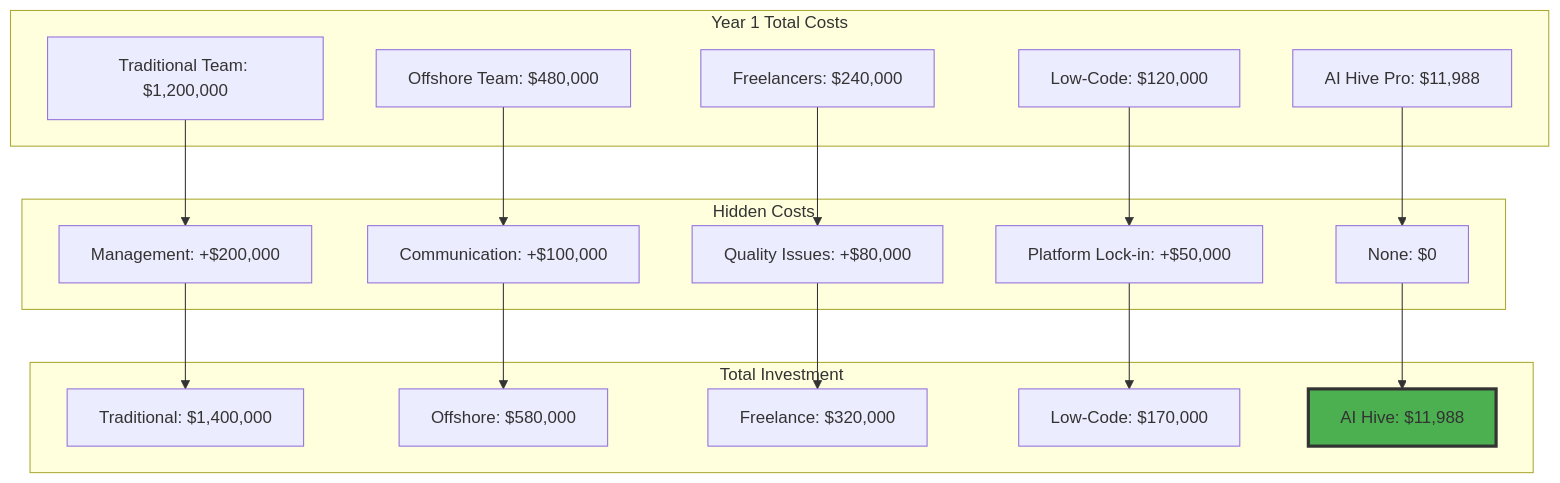
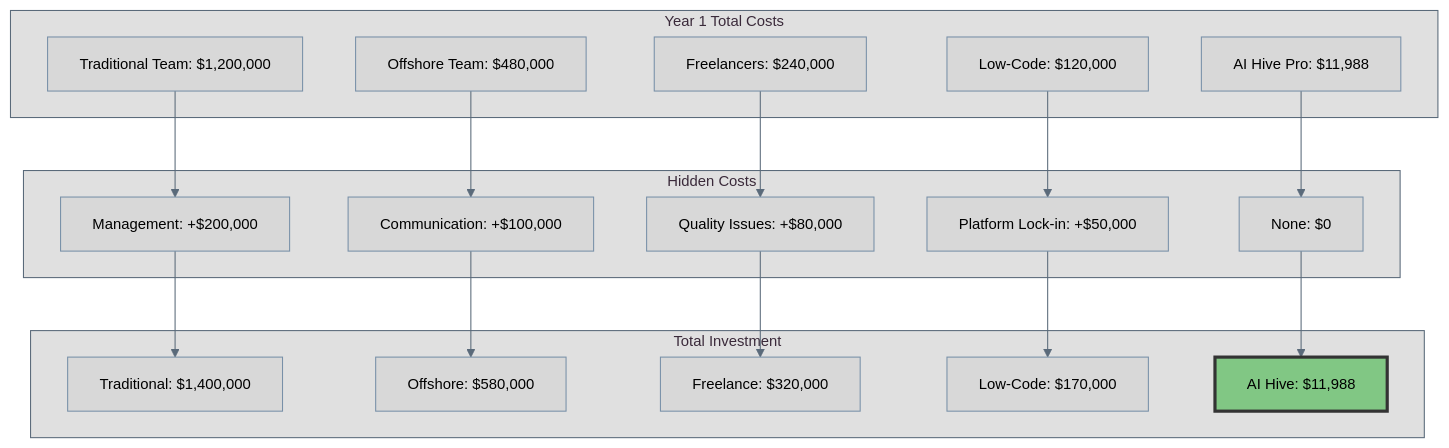
The ninth of 10 diagrams in business-documents/competitive-positioning/05-pricing-strategy.md (o2alexanderfedin/AI-Hive-Business-Docs), drawn with Mermaid before and after one commit. The commit also changed other lines of this file and 3 other files, not shown here.

First line of the commit message:
Fix Mermaid diagram syntax and styling

````diff
--- a/business-documents/competitive-positioning/05-pricing-strategy.md
+++ b/business-documents/competitive-positioning/05-pricing-strategy.md
@@ -440,34 +642,60 @@
 ```mermaid
+%%{init: {
+  'theme': 'base',
+  'themeVariables': {
+    'primaryColor': '#B8C8D8',
+    'primaryTextColor': '#000000',
+    'primaryBorderColor': '#7890A8',
+    'lineColor': '#5A6A7A',
+    'secondaryColor': '#D5C8B0',
+    'tertiaryColor': '#C5D5C5',
+    'background': '#FFFFFF',
+    'mainBkg': '#D8D8D8',
+    'secondBkg': '#C8C8C8',
+    'tertiaryBkg': '#B8B8B8',
+    'primaryFontFamily': 'Arial, sans-serif',
+    'fontSize': '14px',
+    'darkMode': false,
+    'nodeBkg': '#D5D5D5',
+    'nodeBorder': '#7890A8',
+    'clusterBkg': '#E0E0E0',
+    'clusterBorder': '#5A6A7A',
+    'defaultLinkColor': '#5A6A7A',
+    'textColor': '#000000',
+    'labelTextColor': '#000000',
+    'actorTextColor': '#000000'
+  }
+}}%%
 graph TD
     subgraph "Year 1 Total Costs"
         T1[Traditional Team: $1,200,000]
         T2[Offshore Team: $480,000]
         T3[Freelancers: $240,000]
         T4[Low-Code: $120,000]
         T5[AI Hive Pro: $11,988]
     end
 
     subgraph "Hidden Costs"
         H1[Management: +$200,000]
         H2[Communication: +$100,000]
         H3[Quality Issues: +$80,000]
         H4[Platform Lock-in: +$50,000]
         H5[None: $0]
     end
 
     subgraph "Total Investment"
         I1[Traditional: $1,400,000]
         I2[Offshore: $580,000]
         I3[Freelance: $320,000]
         I4[Low-Code: $170,000]
         I5[AI Hive: $11,988]
     end
 
     T1 --> H1 --> I1
     T2 --> H2 --> I2
     T3 --> H3 --> I3
     T4 --> H4 --> I4
     T5 --> H5 --> I5
 
-    style I5 fill:#4CAF50,stroke:#333,stroke-width:3px
+    style I5 fill:#81C784,color:#000000,stroke:#333,stroke-width:3px
 ```
````
